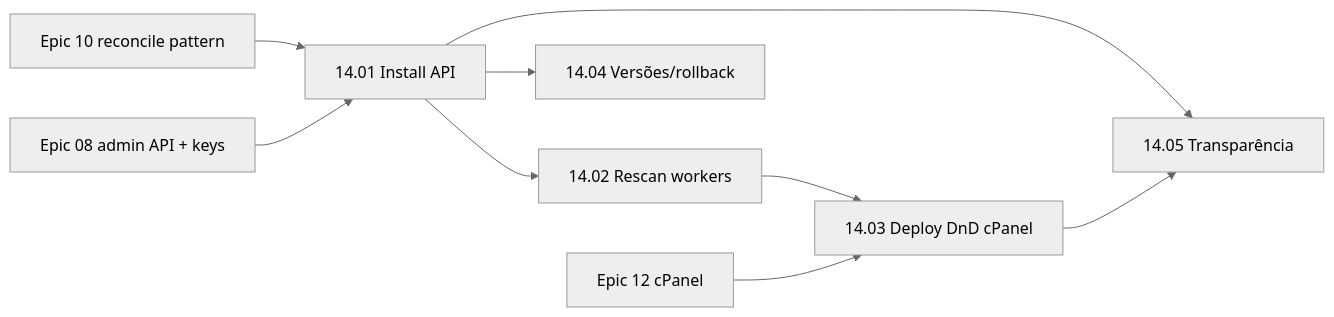
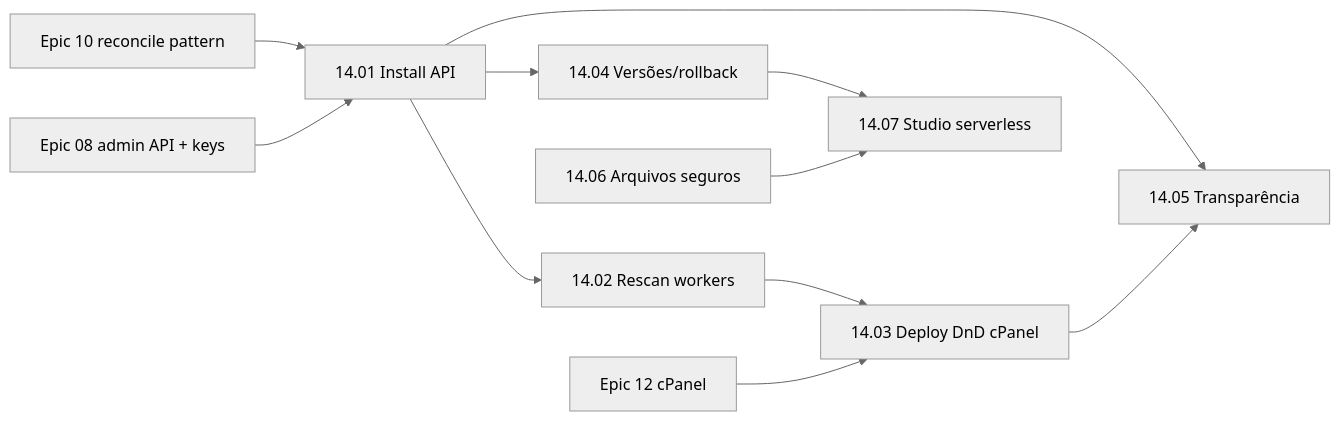
Before and after one commit to djalmajr/edger: the diagram in planning/edger/epics/14-deploy-apps/00-overview.md, drawn with Mermaid (neutral theme). The commit also changed other lines of this file and 14 other files, not shown here.

First line of the commit message:
docs(planning): story 14.07 - control plane serverless do Studio

````diff
--- a/planning/edger/epics/14-deploy-apps/00-overview.md
+++ b/planning/edger/epics/14-deploy-apps/00-overview.md
@@ -61,11 +62,13 @@
 ```mermaid
 flowchart LR
     E10[Epic 10 reconcile pattern] --> S01[14.01 Install API]
     E08[Epic 08 admin API + keys] --> S01
     S01 --> S02[14.02 Rescan workers]
     S01 --> S04[14.04 Versões/rollback]
     S02 --> S03[14.03 Deploy DnD cPanel]
     E12[Epic 12 cPanel] --> S03
     S01 --> S05[14.05 Transparência]
     S03 --> S05
+    S04 --> S07[14.07 Studio serverless]
+    S06[14.06 Arquivos seguros] --> S07
 ```
````
